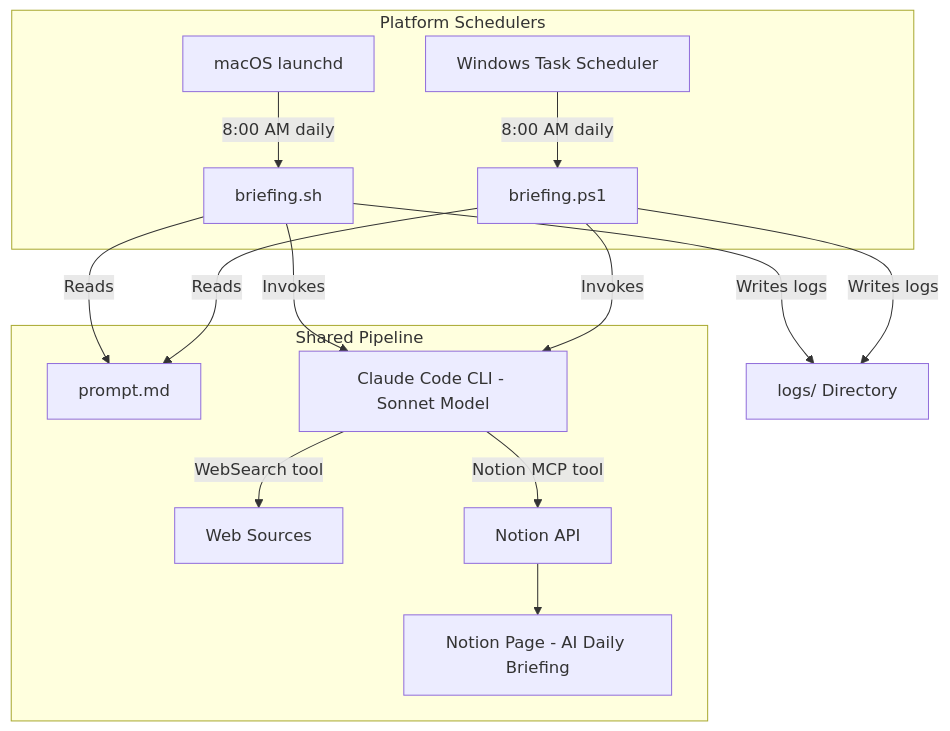
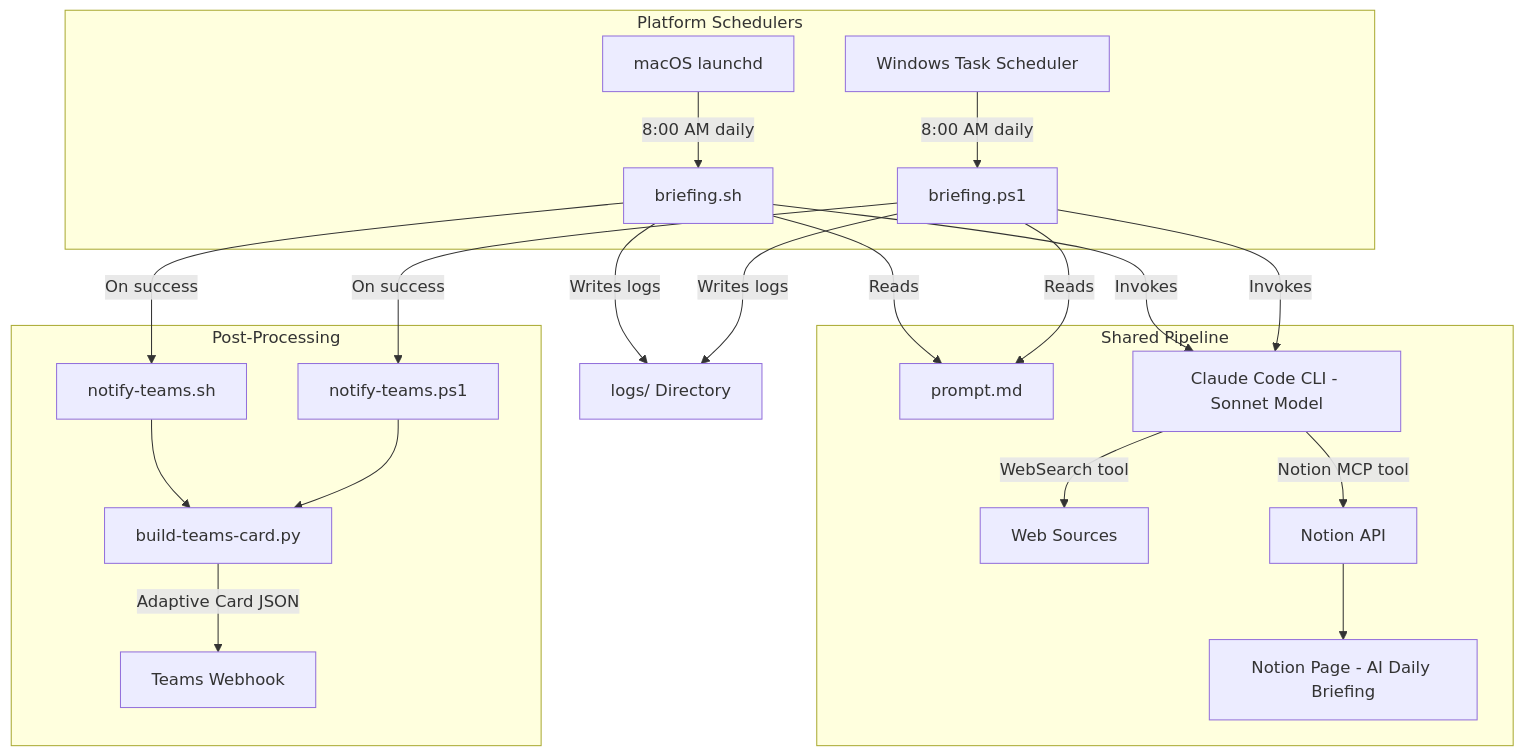
One commit to hoangsonww/ai-news-briefing changed the first of 13 diagrams in ARCHITECTURE.md. Above: the diagram before and after it, drawn with Mermaid. The commit also changed other lines of this file and 9 other files, not shown here.

````diff
--- a/ARCHITECTURE.md
+++ b/ARCHITECTURE.md
@@ -43,20 +46,28 @@
 ```mermaid
 graph TD
     subgraph "Platform Schedulers"
         A1[macOS launchd] -->|8:00 AM daily| B1[briefing.sh]
         A2[Windows Task Scheduler] -->|8:00 AM daily| B2[briefing.ps1]
     end
 
     subgraph "Shared Pipeline"
         B1 -->|Reads| P[prompt.md]
         B2 -->|Reads| P
         B1 -->|Invokes| D[Claude Code CLI - Sonnet Model]
         B2 -->|Invokes| D
         D -->|WebSearch tool| E[Web Sources]
         D -->|Notion MCP tool| F[Notion API]
         F --> G[Notion Page - AI Daily Briefing]
     end
 
+    subgraph "Post-Processing"
+        B1 -->|On success| T1[notify-teams.sh]
+        B2 -->|On success| T2[notify-teams.ps1]
+        T1 --> TC[build-teams-card.py]
+        T2 --> TC
+        TC -->|Adaptive Card JSON| TW[Teams Webhook]
+    end
+
     B1 -->|Writes logs| H[logs/ Directory]
     B2 -->|Writes logs| H
 ```
````
